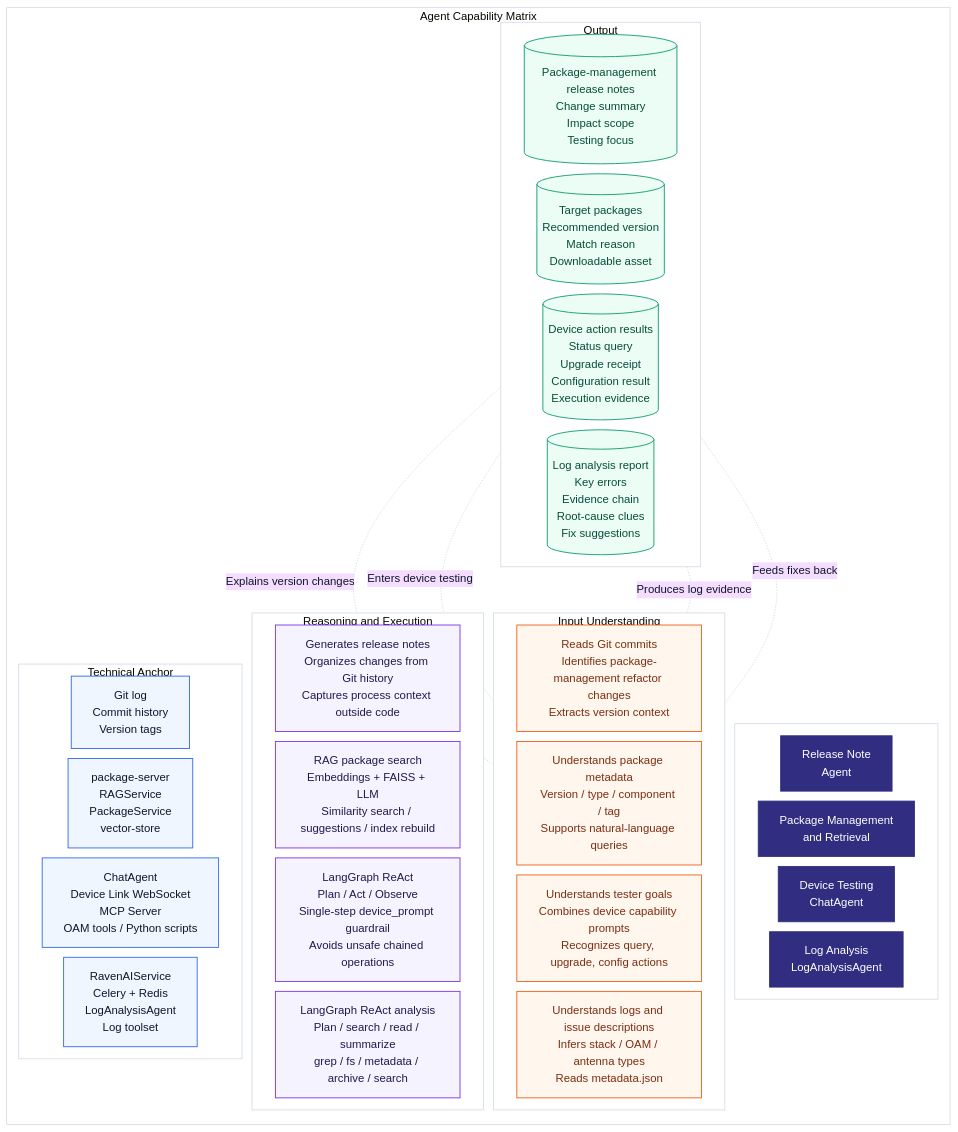
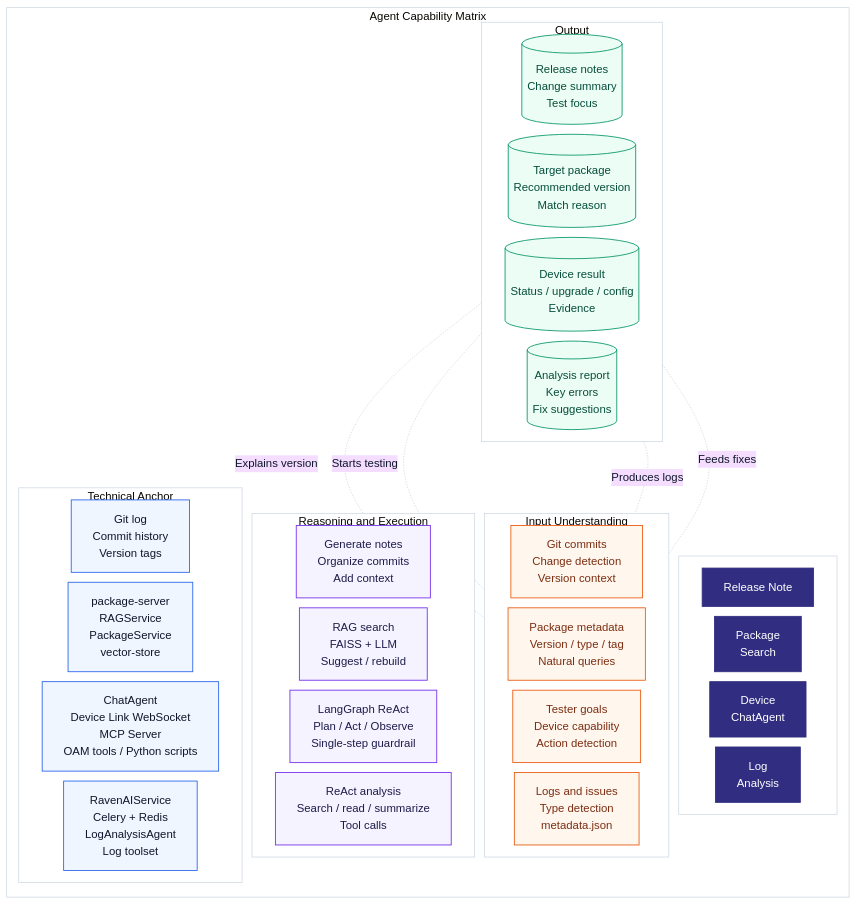
The fourth of 4 diagrams in README.md (visiontrail/RavenAI), drawn with Mermaid before and after one commit. The commit also changed other lines of this file and 1 other file, not shown here.

Commit message:
chore: refine flowchart descriptions and terminology in README files

````diff
--- a/README.md
+++ b/README.md
@@ -148,69 +148,69 @@
 ```mermaid
 %% Suggested export canvas: 1200x900 or 1600x1200, 4:3
 %% Topic: RavenAI agent capabilities
 %%{init: {"theme": "base", "flowchart": {"htmlLabels": true, "nodeSpacing": 14, "rankSpacing": 16, "curve": "basis"}, "themeVariables": {"fontFamily": "Arial, Microsoft YaHei", "primaryTextColor": "#0F172A", "lineColor": "#CBD5E1", "clusterBkg": "#FFFFFF", "clusterBorder": "#CBD5E1"}}}%%
 
 flowchart TB
 
 subgraph M["Agent Capability Matrix"]
 direction TB
 
   subgraph H[" "]
   direction LR
-    H1["Release Note<br/>Agent"]
-    H2["Package Management<br/>and Retrieval"]
-    H3["Device Testing<br/>ChatAgent"]
-    H4["Log Analysis<br/>LogAnalysisAgent"]
+    H1["Release Note"]
+    H2["Package<br/>Search"]
+    H3["Device<br/>ChatAgent"]
+    H4["Log<br/>Analysis"]
   end
 
   subgraph R1["Input Understanding"]
   direction LR
-    A1["Reads Git commits<br/>Identifies package-management refactor changes<br/>Extracts version context"]
-    A2["Understands package metadata<br/>Version / type / component / tag<br/>Supports natural-language queries"]
-    A3["Understands tester goals<br/>Combines device capability prompts<br/>Recognizes query, upgrade, config actions"]
-    A4["Understands logs and issue descriptions<br/>Infers stack / OAM / antenna types<br/>Reads metadata.json"]
+    A1["Git commits<br/>Change detection<br/>Version context"]
+    A2["Package metadata<br/>Version / type / tag<br/>Natural queries"]
+    A3["Tester goals<br/>Device capability<br/>Action detection"]
+    A4["Logs and issues<br/>Type detection<br/>metadata.json"]
   end
 
   subgraph R2["Reasoning and Execution"]
   direction LR
-    B1["Generates release notes<br/>Organizes changes from Git history<br/>Captures process context outside code"]
-    B2["RAG package search<br/>Embeddings + FAISS + LLM<br/>Similarity search / suggestions / index rebuild"]
-    B3["LangGraph ReAct<br/>Plan / Act / Observe<br/>Single-step device_prompt guardrail<br/>Avoids unsafe chained operations"]
-    B4["LangGraph ReAct analysis<br/>Plan / search / read / summarize<br/>grep / fs / metadata / archive / search"]
+    B1["Generate notes<br/>Organize commits<br/>Add context"]
+    B2["RAG search<br/>FAISS + LLM<br/>Suggest / rebuild"]
+    B3["LangGraph ReAct<br/>Plan / Act / Observe<br/>Single-step guardrail"]
+    B4["ReAct analysis<br/>Search / read / summarize<br/>Tool calls"]
   end
 
   subgraph R3["Technical Anchor"]
   direction LR
     C1["Git log<br/>Commit history<br/>Version tags"]
     C2["package-server<br/>RAGService<br/>PackageService<br/>vector-store"]
     C3["ChatAgent<br/>Device Link WebSocket<br/>MCP Server<br/>OAM tools / Python scripts"]
     C4["RavenAIService<br/>Celery + Redis<br/>LogAnalysisAgent<br/>Log toolset"]
   end
 
   subgraph R4["Output"]
   direction LR
-    D1[("Package-management release notes<br/>Change summary<br/>Impact scope<br/>Testing focus")]
-    D2[("Target packages<br/>Recommended version<br/>Match reason<br/>Downloadable asset")]
-    D3[("Device action results<br/>Status query<br/>Upgrade receipt<br/>Configuration result<br/>Execution evidence")]
-    D4[("Log analysis report<br/>Key errors<br/>Evidence chain<br/>Root-cause clues<br/>Fix suggestions")]
+    D1[("Release notes<br/>Change summary<br/>Test focus")]
+    D2[("Target package<br/>Recommended version<br/>Match reason")]
+    D3[("Device result<br/>Status / upgrade / config<br/>Evidence")]
+    D4[("Analysis report<br/>Key errors<br/>Fix suggestions")]
   end
 
 end
 
-D1 -. "Explains version changes" .- A2
-D2 -. "Enters device testing" .- A3
-D3 -. "Produces log evidence" .- A4
-D4 -. "Feeds fixes back" .- A1
+D1 -. "Explains version" .- A2
+D2 -. "Starts testing" .- A3
+D3 -. "Produces logs" .- A4
+D4 -. "Feeds fixes" .- A1
 
 classDef head fill:#312E81,stroke:#312E81,stroke-width:1.2px,color:#FFFFFF;
 classDef input fill:#FFF7ED,stroke:#EA580C,stroke-width:1.2px,color:#7C2D12;
 classDef agent fill:#F5F3FF,stroke:#7C3AED,stroke-width:1.3px,color:#1E1B4B;
 classDef tech fill:#EFF6FF,stroke:#2563EB,stroke-width:1.2px,color:#0F172A;
 classDef output fill:#ECFDF5,stroke:#059669,stroke-width:1.2px,color:#064E3B;
 
 class H1,H2,H3,H4 head;
 class A1,A2,A3,A4 input;
 class B1,B2,B3,B4 agent;
 class C1,C2,C3,C4 tech;
 class D1,D2,D3,D4 output;
 ```
````
